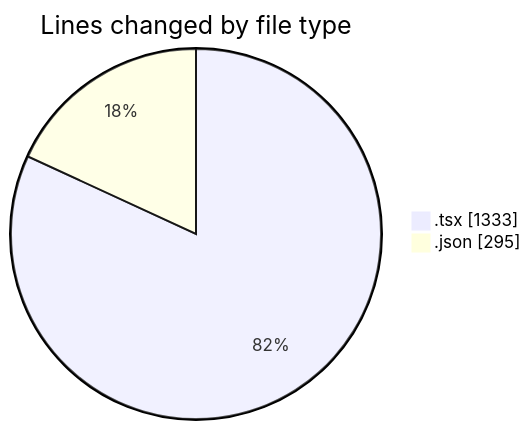
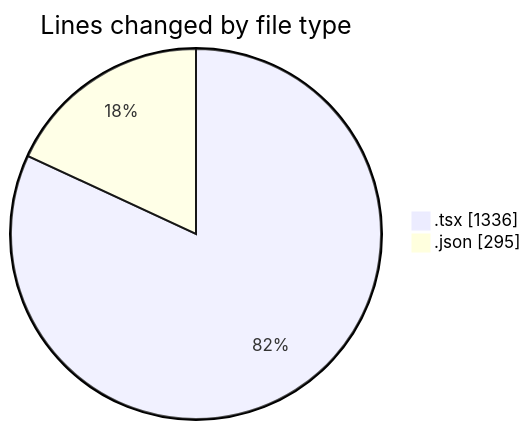
One commit to julien-gomy/code-tracking changed the first of 2 diagrams in 2025-10-11/eventscop-frontend-guide__workspace_/README.md. Above: the diagram before and after it, drawn with Mermaid. The commit also changed other lines of this file and 1 other file, not shown here.

````diff
--- a/2025-10-11/eventscop-frontend-guide__workspace_/README.md
+++ b/2025-10-11/eventscop-frontend-guide__workspace_/README.md
@@ -33,6 +33,6 @@
 ```mermaid
 pie showData
 title Lines changed by file type
-".tsx" : 1333
+".tsx" : 1336
 ".json" : 295
 ```
````
